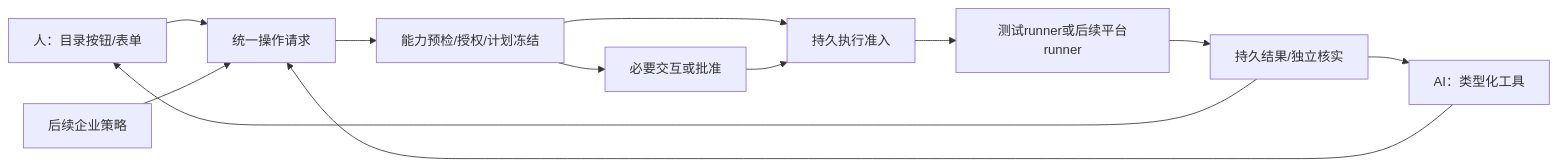
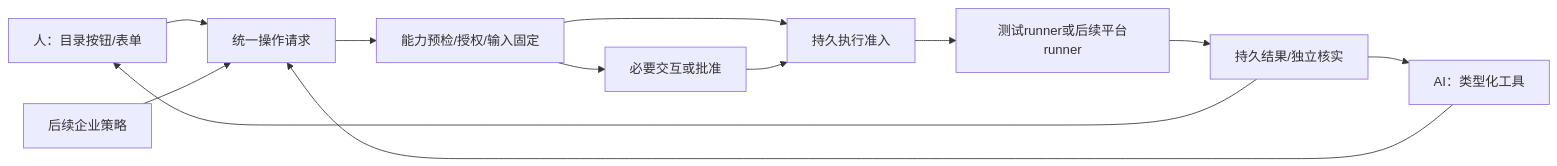
The diagram in docs/product/rss-mdm-agent-prd.md (shengming0817/rss-mdm-agent), drawn with Mermaid before and after one commit. The commit also changed other lines of this file and 33 other files, not shown here.

````diff
--- a/docs/product/rss-mdm-agent-prd.md
+++ b/docs/product/rss-mdm-agent-prd.md
@@ -181,14 +183,14 @@
 ```mermaid
 flowchart LR
   H[人：目录按钮/表单] --> R[统一操作请求]
   A[AI：类型化工具] --> R
   P[后续企业策略] --> R
-  R --> G[能力预检/授权/计划冻结]
+  R --> G[能力预检/授权/输入固定]
   G --> I[必要交互或批准]
   G --> J[持久执行准入]
   I --> J
   J --> E[测试runner或后续平台runner]
   E --> V[持久结果/独立核实]
   V --> H
   V --> A
 ```
````
